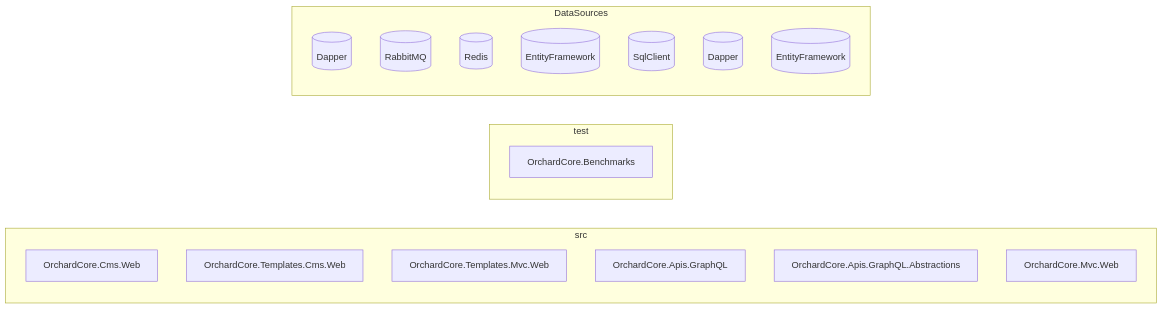
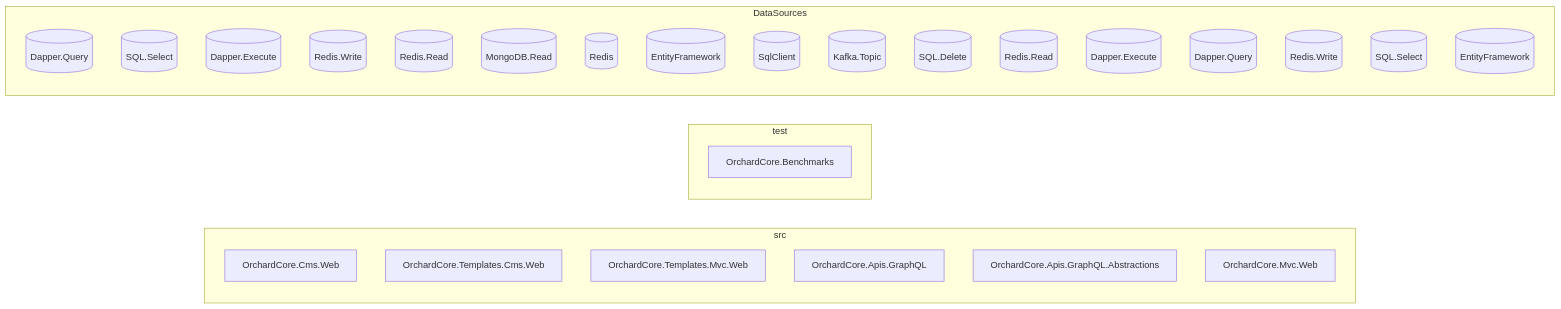
The third of 4 diagrams in output-orchardcore/docs/index.md (GanizaniSitara/tools-static-analysis), drawn with Mermaid before and after one commit. The commit also changed other lines of this file and 143 other files, not shown here.

````diff
--- a/output-orchardcore/docs/index.md
+++ b/output-orchardcore/docs/index.md
@@ -2656,23 +2656,33 @@
 ```mermaid
 graph LR
     subgraph src["src"]
         src_OrchardCore_Cms_Web["OrchardCore.Cms.Web"]
         src_OrchardCore_Templates_Cms_Web["OrchardCore.Templates.Cms.Web"]
         src_OrchardCore_Templates_Mvc_Web["OrchardCore.Templates.Mvc.Web"]
         src_OrchardCore_Apis_GraphQL["OrchardCore.Apis.GraphQL"]
         src_OrchardCore_Apis_GraphQL_Abstractions["OrchardCore.Apis.GraphQL.Abstractions"]
         src_OrchardCore_Mvc_Web["OrchardCore.Mvc.Web"]
     end
     subgraph test["test"]
         test_OrchardCore_Benchmarks["OrchardCore.Benchmarks"]
     end
     subgraph DataSources
-        datasource_src_Dapper[("Dapper")]
-        datasource_src_RabbitMQ[("RabbitMQ")]
+        datasource_src_Dapper_Query[("Dapper.Query")]
+        datasource_src_SQL_Select[("SQL.Select")]
+        datasource_src_Dapper_Execute[("Dapper.Execute")]
+        datasource_src_Redis_Write[("Redis.Write")]
+        datasource_src_Redis_Read[("Redis.Read")]
+        datasource_src_MongoDB_Read[("MongoDB.Read")]
         datasource_src_Redis[("Redis")]
         datasource_src_EntityFramework[("EntityFramework")]
         datasource_src_SqlClient[("SqlClient")]
-        datasource_test_Dapper[("Dapper")]
+        datasource_src_Kafka_Topic[("Kafka.Topic")]
+        datasource_src_SQL_Delete[("SQL.Delete")]
+        datasource_test_Redis_Read[("Redis.Read")]
+        datasource_test_Dapper_Execute[("Dapper.Execute")]
+        datasource_test_Dapper_Query[("Dapper.Query")]
+        datasource_test_Redis_Write[("Redis.Write")]
+        datasource_test_SQL_Select[("SQL.Select")]
         datasource_test_EntityFramework[("EntityFramework")]
     end
 ```
````
